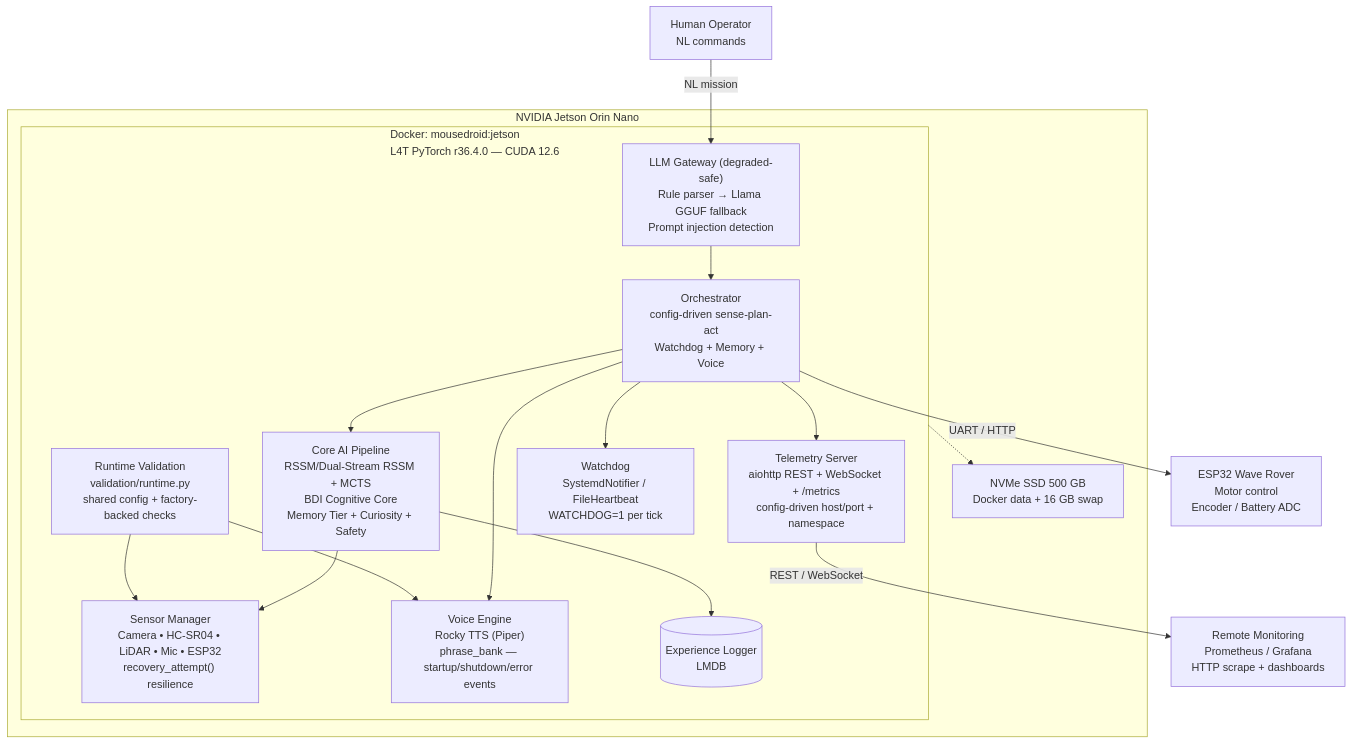
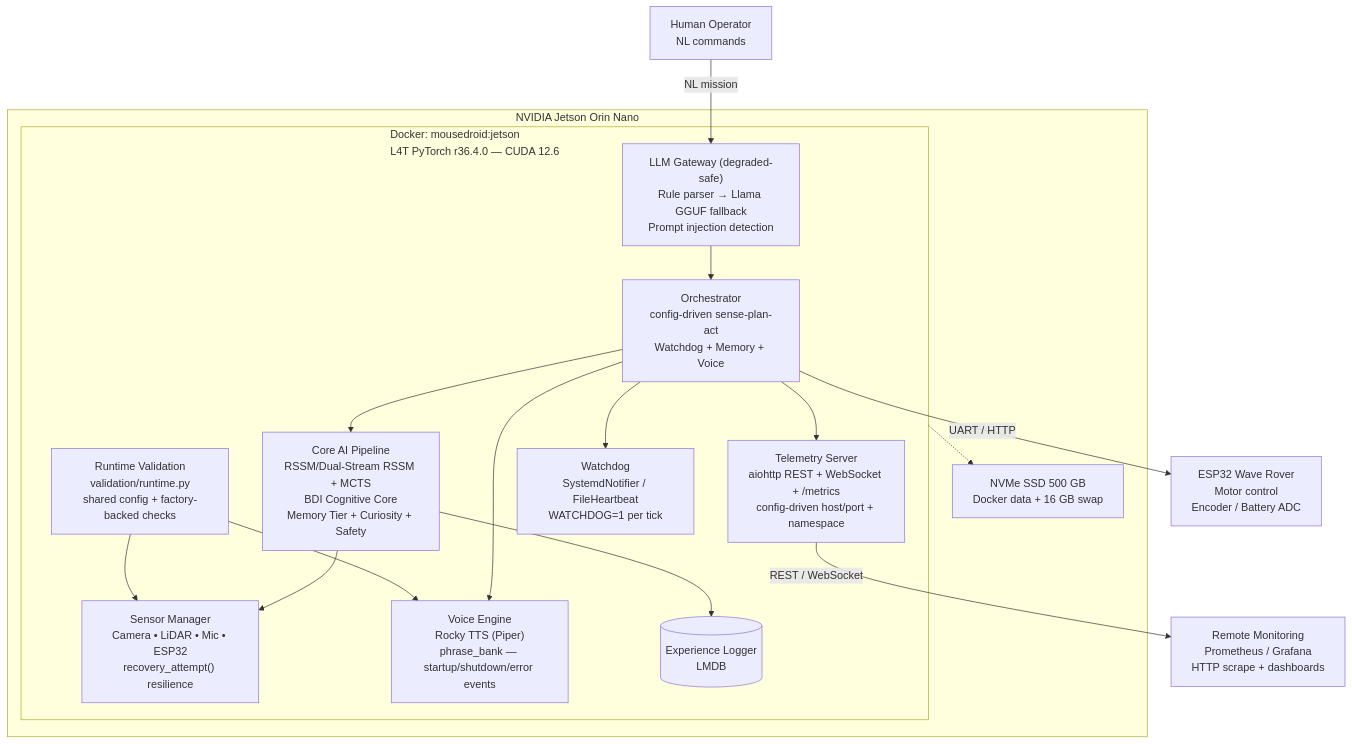
Before and after one commit to ianshank/Mouse-Droid-AGI: the diagram in README.md, drawn with Mermaid. The commit also changed other lines of this file and 53 other files, not shown here.

````diff
--- a/README.md
+++ b/README.md
@@ -45,34 +47,34 @@
 ```mermaid
 graph TD
     subgraph Jetson["NVIDIA Jetson Orin Nano"]
         subgraph Docker["Docker: mousedroid:jetson\nL4T PyTorch r36.4.0 — CUDA 12.6"]
             Orchestrator["Orchestrator\nconfig-driven sense-plan-act\nWatchdog + Memory + Voice"]
             CoreAI["Core AI Pipeline\nRSSM/Dual-Stream RSSM + MCTS\nBDI Cognitive Core\nMemory Tier + Curiosity + Safety"]
-            SensorMgr["Sensor Manager\nCamera • HC-SR04 • LiDAR • Mic • ESP32\nrecovery_attempt() resilience"]
+            SensorMgr["Sensor Manager\nCamera • LiDAR • Mic • ESP32\nrecovery_attempt() resilience"]
             VoiceEng["Voice Engine\nRocky TTS (Piper)\nphrase_bank — startup/shutdown/error events"]
             LLMGw["LLM Gateway (degraded-safe)\nRule parser → Llama GGUF fallback\nPrompt injection detection"]
             Telemetry["Telemetry Server\naiohttp REST + WebSocket + /metrics\nconfig-driven host/port + namespace"]
             Validation["Runtime Validation\nvalidation/runtime.py\nshared config + factory-backed checks"]
             Watchdog["Watchdog\nSystemdNotifier / FileHeartbeat\nWATCHDOG=1 per tick"]
             ExperienceDB[("Experience Logger\nLMDB")]
         end
         SSD["NVMe SSD 500 GB\nDocker data + 16 GB swap"]
     end
     ESP32["ESP32 Wave Rover\nMotor control\nEncoder / Battery ADC"]
     Human["Human Operator\nNL commands"]
     Monitoring["Remote Monitoring\nPrometheus / Grafana\nHTTP scrape + dashboards"]
 
     Human -- "NL mission" --> LLMGw
     LLMGw --> Orchestrator
     Orchestrator --> CoreAI
     CoreAI --> SensorMgr
     CoreAI --> ExperienceDB
     Orchestrator -- "UART / HTTP" --> ESP32
     Orchestrator --> Telemetry
     Orchestrator --> VoiceEng
     Orchestrator --> Watchdog
     Validation --> SensorMgr
     Validation --> VoiceEng
     Telemetry -- "REST / WebSocket" --> Monitoring
     Docker -.-> SSD
 ```
````
